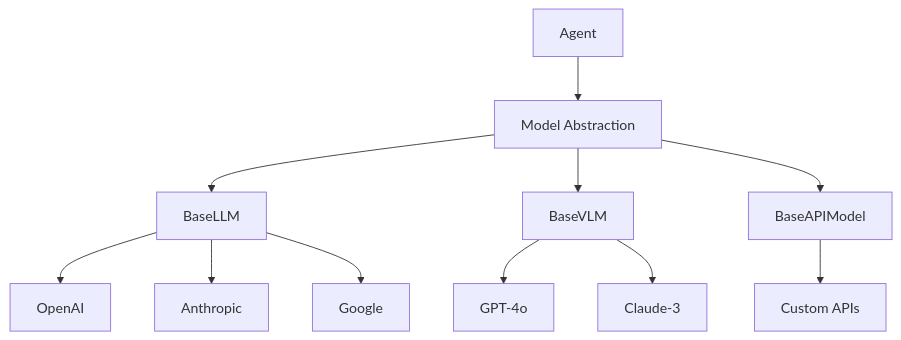
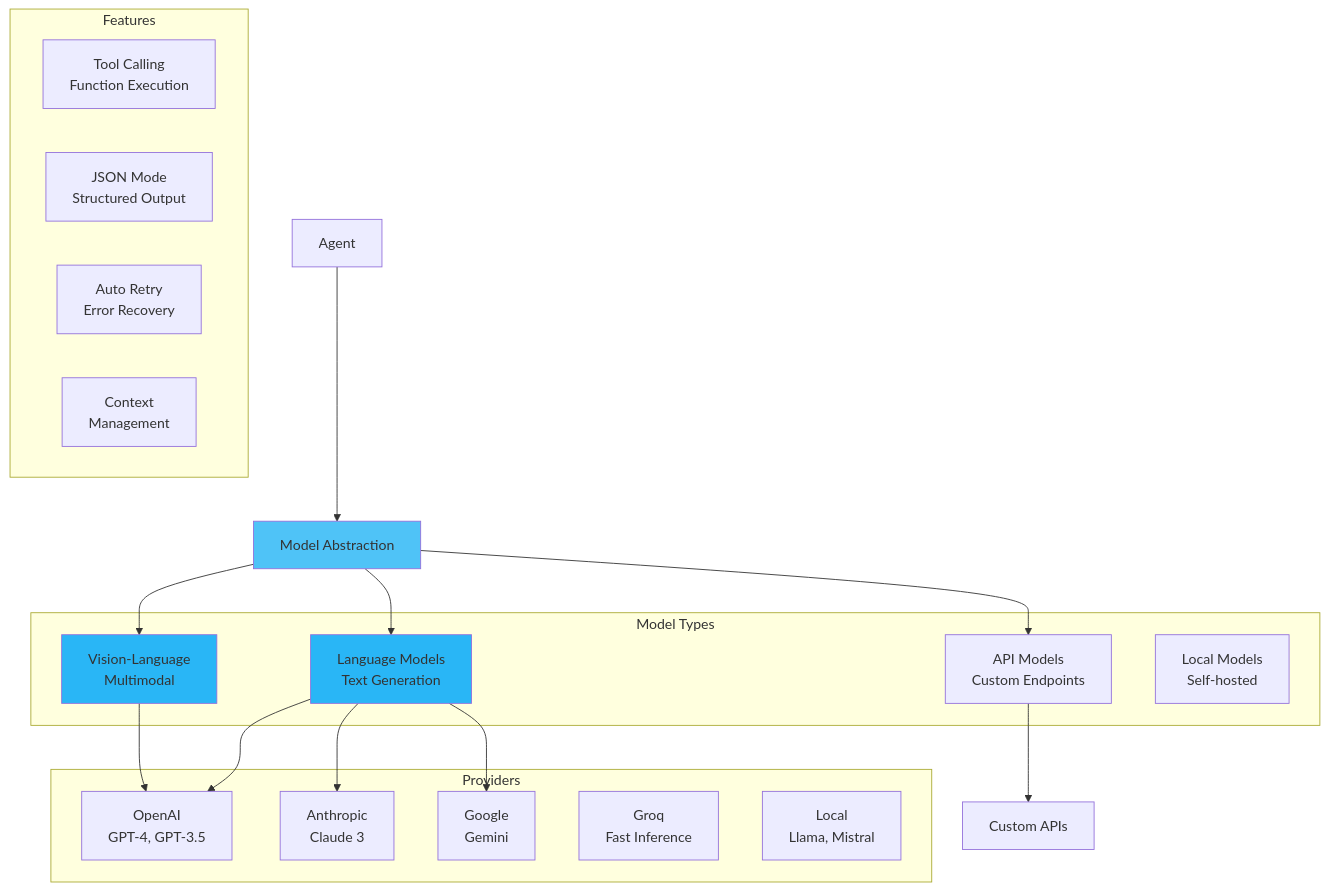
The diagram in docs/concepts/models.md (rezaho/MARSYS), drawn with Mermaid before and after one commit. The commit also changed other lines of this file and 93 other files, not shown here.

````diff
--- a/docs/concepts/models.md
+++ b/docs/concepts/models.md
@@ -7,16 +17,39 @@
 ```mermaid
-graph TD
-    A[Agent] --> B[Model Abstraction]
-    B --> C[BaseLLM]
-    B --> D[BaseVLM]
-    B --> E[BaseAPIModel]
-    
-    C --> F[OpenAI]
-    C --> G[Anthropic]
-    C --> H[Google]
-    
-    D --> I[GPT-4o]
-    D --> J[Claude-3]
-    
-    E --> K[Custom APIs]
+graph TB
+    subgraph "Model Types"
+        LLM[Language Models<br/>Text Generation]
+        VLM[Vision-Language<br/>Multimodal]
+        API[API Models<br/>Custom Endpoints]
+        LOCAL[Local Models<br/>Self-hosted]
+    end
+
+    subgraph "Providers"
+        OAI[OpenAI<br/>GPT-4, GPT-3.5]
+        ANT[Anthropic<br/>Claude 3]
+        GOO[Google<br/>Gemini]
+        GRQ[Groq<br/>Fast Inference]
+        LOC[Local<br/>Llama, Mistral]
+    end
+
+    subgraph "Features"
+        TC[Tool Calling<br/>Function Execution]
+        JM[JSON Mode<br/>Structured Output]
+        RT[Auto Retry<br/>Error Recovery]
+        CV[Context<br/>Management]
+    end
+
+    Agent[Agent] --> MA[Model Abstraction]
+    MA --> LLM
+    MA --> VLM
+    MA --> API
+
+    LLM --> OAI
+    LLM --> ANT
+    LLM --> GOO
+    VLM --> OAI
+    API --> Custom[Custom APIs]
+
+    style MA fill:#4fc3f7
+    style LLM fill:#29b6f6
+    style VLM fill:#29b6f6
 ```
````
